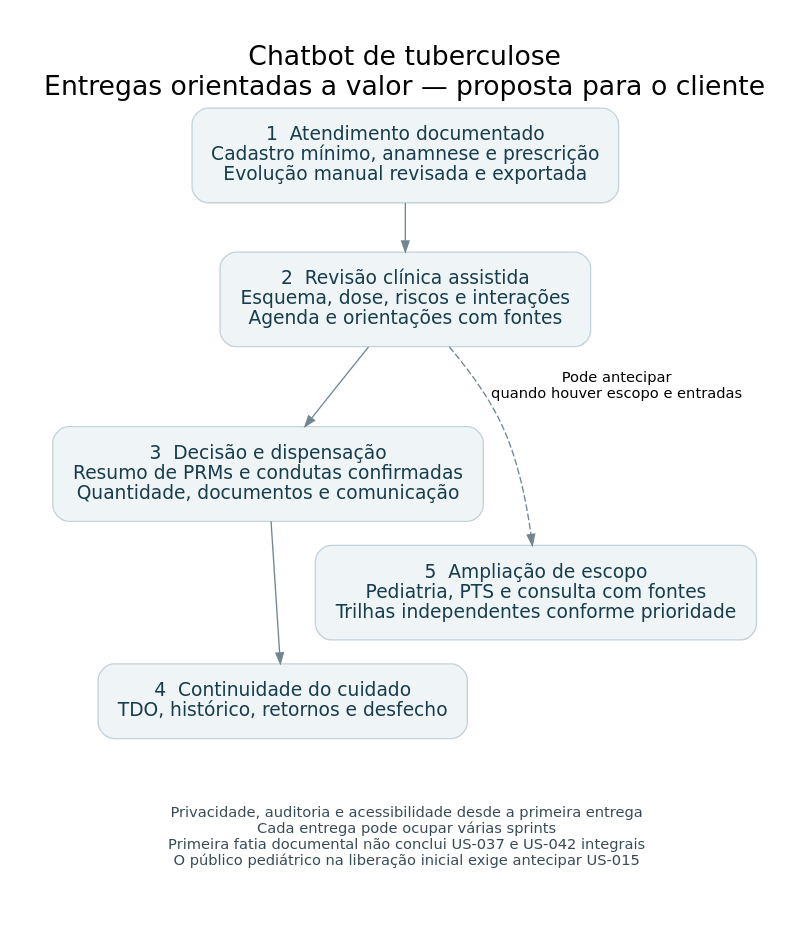
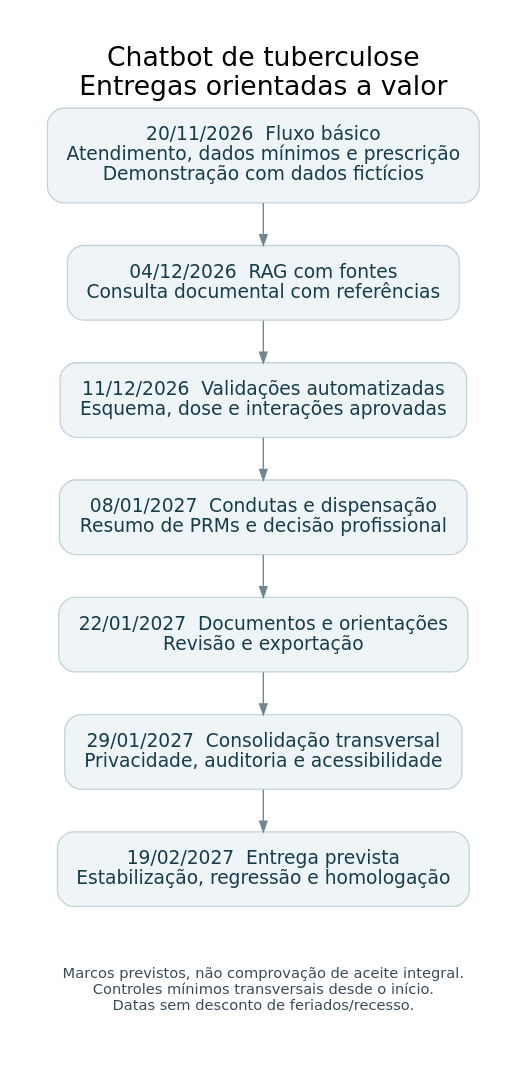
The diagram in planejamento/entregas-por-valor.dot (GabrielCastelo-31/ChatBot-Turberculose), drawn with Graphviz before and after one commit. The commit also changed 27 other files, not shown here.

```diff
--- a/planejamento/entregas-por-valor.dot
+++ b/planejamento/entregas-por-valor.dot
@@ -1,14 +1,15 @@
 digraph Entregas {
- graph [rankdir=TB, bgcolor="white", pad="0.3", ranksep=0.5, nodesep=0.4, fontname="DejaVu Sans", label="Chatbot de tuberculose\nEntregas orientadas a valor — proposta para o cliente", labelloc=t, fontsize=20];
+ graph [rankdir=TB, bgcolor="white", pad="0.3", ranksep=0.45, fontname="DejaVu Sans", label="Chatbot de tuberculose\nEntregas orientadas a valor", labelloc=t, fontsize=20];
  node [shape=box,style="rounded,filled",fillcolor="#eff5f7",color="#c4d2d9",fontcolor="#173c4b",fontname="DejaVu Sans",fontsize=14,margin="0.22,0.18"];
  edge [color="#718691",arrowsize=.8];
- E1 [label="1  Atendimento documentado\nCadastro mínimo, anamnese e prescrição\nEvolução manual revisada e exportada"];
- E2 [label="2  Revisão clínica assistida\nEsquema, dose, riscos e interações\nAgenda e orientações com fontes"];
- E3 [label="3  Decisão e dispensação\nResumo de PRMs e condutas confirmadas\nQuantidade, documentos e comunicação"];
- E4 [label="4  Continuidade do cuidado\nTDO, histórico, retornos e desfecho"];
- E5 [label="5  Ampliação de escopo\nPediatria, PTS e consulta com fontes\nTrilhas independentes conforme prioridade"];
- E1 -> E2 -> E3 -> E4;
- E2 -> E5 [style=dashed,label="Pode antecipar\nquando houver escopo e entradas",fontname="DejaVu Sans",fontsize=11];
- note [shape=plaintext,style="",label="Privacidade, auditoria e acessibilidade desde a primeira entrega\nCada entrega pode ocupar várias sprints\nPrimeira fatia documental não conclui US-037 e US-042 integrais\nO público pediátrico na liberação inicial exige antecipar US-015",fontsize=11,fontcolor="#374b57"];
- E4 -> note [style=invis]; E5 -> note [style=invis];
+ A [label="20/11/2026  Fluxo básico\nAtendimento, dados mínimos e prescrição\nDemonstração com dados fictícios"];
+ B [label="04/12/2026  RAG com fontes\nConsulta documental com referências"];
+ C [label="11/12/2026  Validações automatizadas\nEsquema, dose e interações aprovadas"];
+ D [label="08/01/2027  Condutas e dispensação\nResumo de PRMs e decisão profissional"];
+ E [label="22/01/2027  Documentos e orientações\nRevisão e exportação"];
+ F [label="29/01/2027  Consolidação transversal\nPrivacidade, auditoria e acessibilidade"];
+ G [label="19/02/2027  Entrega prevista\nEstabilização, regressão e homologação"];
+ A -> B -> C -> D -> E -> F -> G;
+ note [shape=plaintext,style="",label="Marcos previstos, não comprovação de aceite integral.\nControles mínimos transversais desde o início.\nDatas sem desconto de feriados/recesso.",fontsize=11,fontcolor="#374b57"];
+ G -> note [style=invis];
 }
```
